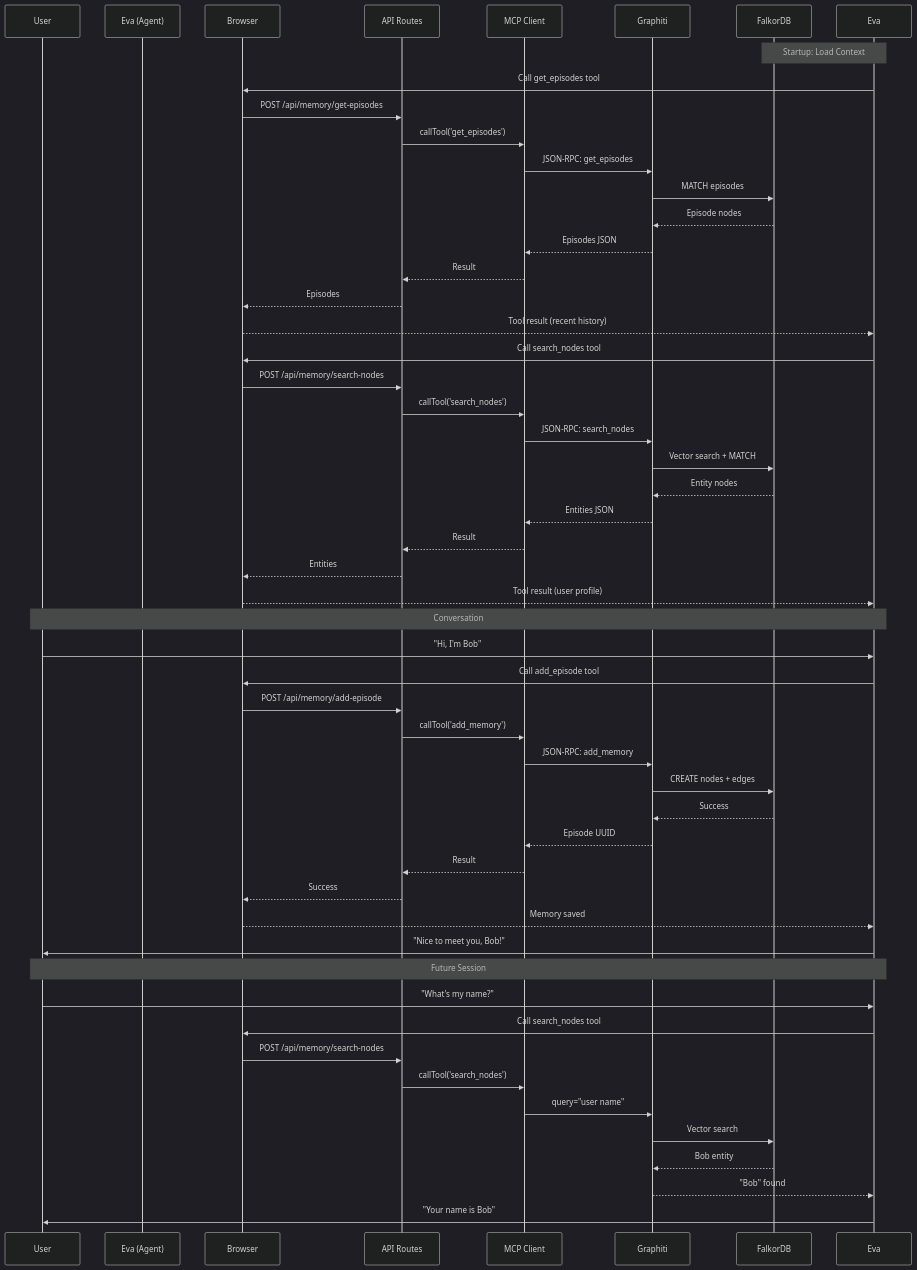
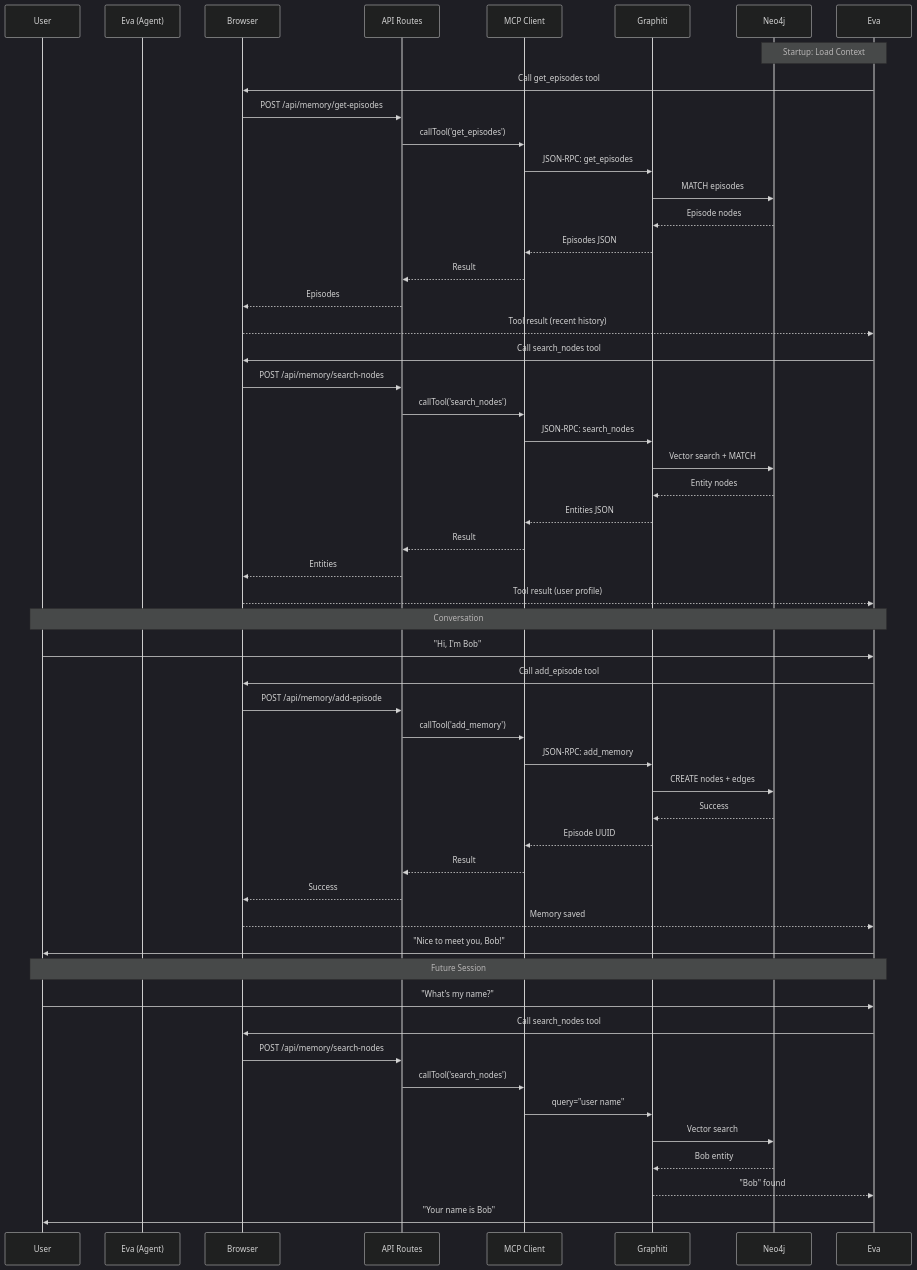
One commit to athrael-soju/Eva changed the second of 2 diagrams in README.md. Above: the diagram before and after it, drawn with Mermaid (dark theme). The commit also changed other lines of this file and 4 other files, not shown here.

First line of the commit message:
feat: Replace FalkorDB with Neo4j as graph database backend

````diff
--- a/README.md
+++ b/README.md
@@ -57,58 +57,58 @@
 ```mermaid
 sequenceDiagram
     participant User
     participant Eva (Agent)
     participant Browser
     participant API Routes
     participant MCP Client
     participant Graphiti
-    participant FalkorDB
+    participant Neo4j
 
-    Note over Eva,FalkorDB: Startup: Load Context
+    Note over Eva,Neo4j: Startup: Load Context
     Eva->>Browser: Call get_episodes tool
     Browser->>API Routes: POST /api/memory/get-episodes
     API Routes->>MCP Client: callTool('get_episodes')
     MCP Client->>Graphiti: JSON-RPC: get_episodes
-    Graphiti->>FalkorDB: MATCH episodes
-    FalkorDB-->>Graphiti: Episode nodes
+    Graphiti->>Neo4j: MATCH episodes
+    Neo4j-->>Graphiti: Episode nodes
     Graphiti-->>MCP Client: Episodes JSON
     MCP Client-->>API Routes: Result
     API Routes-->>Browser: Episodes
     Browser-->>Eva: Tool result (recent history)
 
     Eva->>Browser: Call search_nodes tool
     Browser->>API Routes: POST /api/memory/search-nodes
     API Routes->>MCP Client: callTool('search_nodes')
     MCP Client->>Graphiti: JSON-RPC: search_nodes
-    Graphiti->>FalkorDB: Vector search + MATCH
-    FalkorDB-->>Graphiti: Entity nodes
+    Graphiti->>Neo4j: Vector search + MATCH
+    Neo4j-->>Graphiti: Entity nodes
     Graphiti-->>MCP Client: Entities JSON
     MCP Client-->>API Routes: Result
     API Routes-->>Browser: Entities
     Browser-->>Eva: Tool result (user profile)
 
     Note over User,Eva: Conversation
     User->>Eva: "Hi, I'm Bob"
     Eva->>Browser: Call add_episode tool
     Browser->>API Routes: POST /api/memory/add-episode
     API Routes->>MCP Client: callTool('add_memory')
     MCP Client->>Graphiti: JSON-RPC: add_memory
-    Graphiti->>FalkorDB: CREATE nodes + edges
-    FalkorDB-->>Graphiti: Success
+    Graphiti->>Neo4j: CREATE nodes + edges
+    Neo4j-->>Graphiti: Success
     Graphiti-->>MCP Client: Episode UUID
     MCP Client-->>API Routes: Result
     API Routes-->>Browser: Success
     Browser-->>Eva: Memory saved
     Eva->>User: "Nice to meet you, Bob!"
 
     Note over User,Eva: Future Session
     User->>Eva: "What's my name?"
     Eva->>Browser: Call search_nodes tool
     Browser->>API Routes: POST /api/memory/search-nodes
     API Routes->>MCP Client: callTool('search_nodes')
     MCP Client->>Graphiti: query="user name"
-    Graphiti->>FalkorDB: Vector search
-    FalkorDB-->>Graphiti: Bob entity
+    Graphiti->>Neo4j: Vector search
+    Neo4j-->>Graphiti: Bob entity
     Graphiti-->>Eva: "Bob" found
     Eva->>User: "Your name is Bob"
 ```
````
